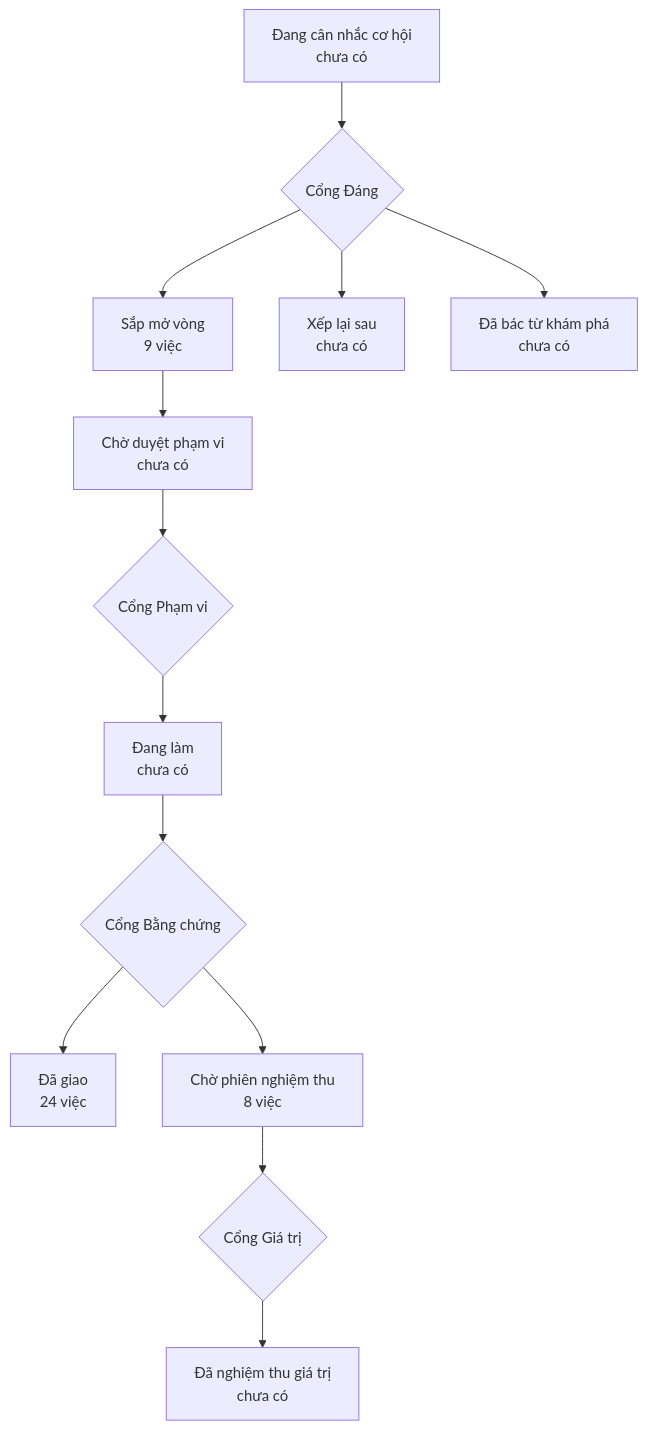
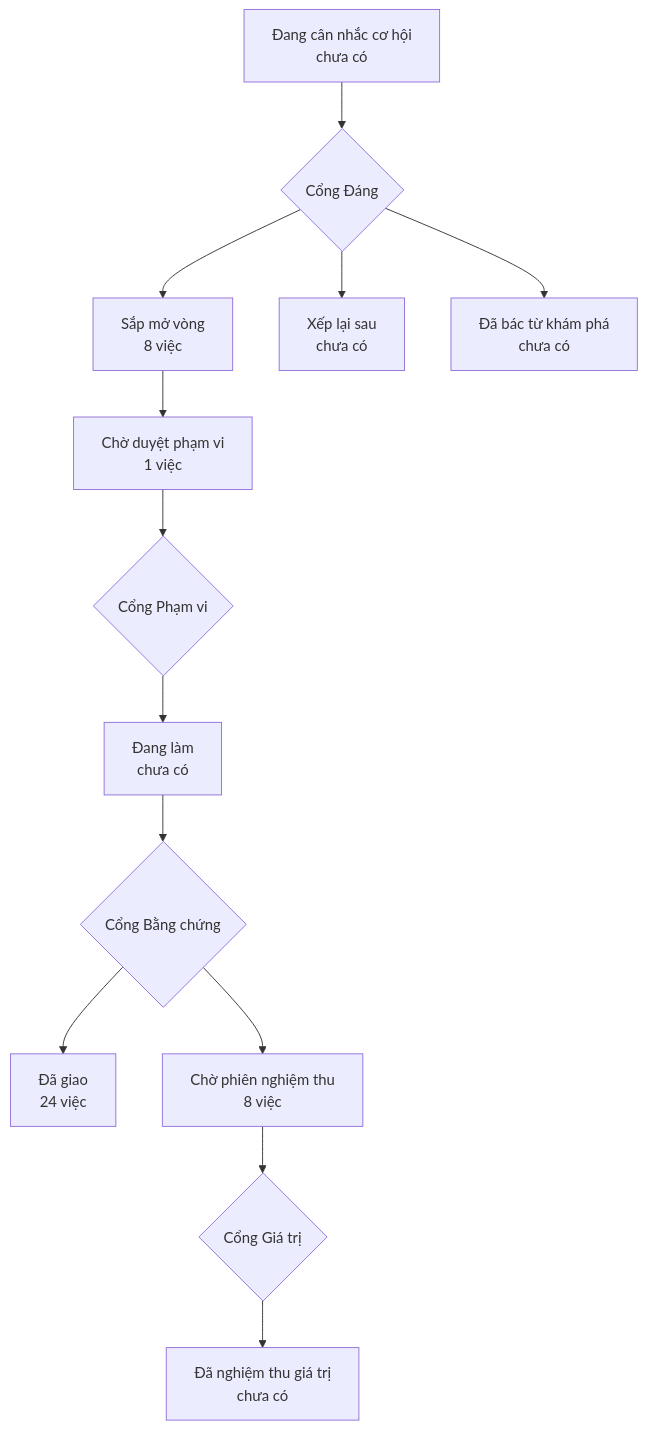
Before and after one commit to phanlemanh/onehub-invest: the diagram in PRODUCT-MAP.md, drawn with Mermaid. The commit also changed other lines of this file and 3 other files, not shown here.

Commit message:
docs(acceptance): thẻ Cổng Phạm vi slo-mot-nguon

````diff
--- a/PRODUCT-MAP.md
+++ b/PRODUCT-MAP.md
@@ -7,12 +7,12 @@
 ```mermaid
 flowchart TD
   A["Đang cân nhắc cơ hội<br/>chưa có"] --> GD{"Cổng Đáng"}
-  GD --> B["Sắp mở vòng<br/>9 việc"]
+  GD --> B["Sắp mở vòng<br/>8 việc"]
   GD --> XL["Xếp lại sau<br/>chưa có"]
   GD --> DB["Đã bác từ khám phá<br/>chưa có"]
-  B --> CD["Chờ duyệt phạm vi<br/>chưa có"] --> GP{"Cổng Phạm vi"}
+  B --> CD["Chờ duyệt phạm vi<br/>1 việc"] --> GP{"Cổng Phạm vi"}
   GP --> DL["Đang làm<br/>chưa có"] --> GB{"Cổng Bằng chứng"}
   GB --> DG["Đã giao<br/>24 việc"]
   GB --> CN["Chờ phiên nghiệm thu<br/>8 việc"] --> GG{"Cổng Giá trị"}
   GG --> NT["Đã nghiệm thu giá trị<br/>chưa có"]
 ```
````
